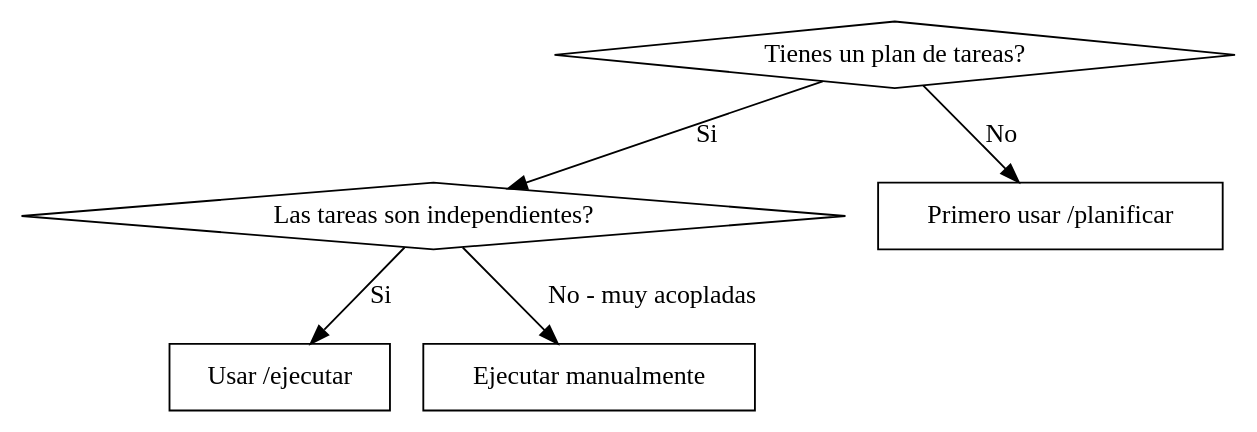
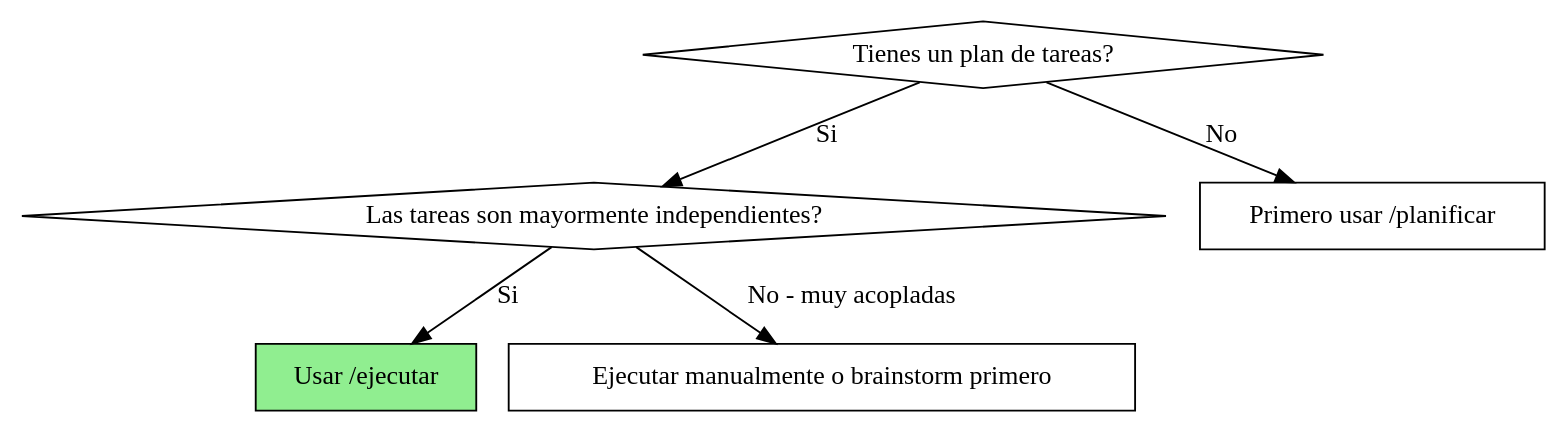
One commit to adriestevezdev/cc-partner changed the first of 2 diagrams in skills/ejecutar/skill.md. Above: the diagram before and after it, drawn with Graphviz. The commit also changed other lines of this file and 5 other files, not shown here.

````diff
--- a/skills/ejecutar/skill.md
+++ b/skills/ejecutar/skill.md
@@ -16,14 +16,14 @@
 ```dot
 digraph when_to_use {
     "Tienes un plan de tareas?" [shape=diamond];
-    "Las tareas son independientes?" [shape=diamond];
-    "Usar /ejecutar" [shape=box];
-    "Ejecutar manualmente" [shape=box];
+    "Las tareas son mayormente independientes?" [shape=diamond];
+    "Usar /ejecutar" [shape=box style=filled fillcolor=lightgreen];
+    "Ejecutar manualmente o brainstorm primero" [shape=box];
     "Primero usar /planificar" [shape=box];
 
-    "Tienes un plan de tareas?" -> "Las tareas son independientes?" [label="Si"];
+    "Tienes un plan de tareas?" -> "Las tareas son mayormente independientes?" [label="Si"];
     "Tienes un plan de tareas?" -> "Primero usar /planificar" [label="No"];
-    "Las tareas son independientes?" -> "Usar /ejecutar" [label="Si"];
-    "Las tareas son independientes?" -> "Ejecutar manualmente" [label="No - muy acopladas"];
+    "Las tareas son mayormente independientes?" -> "Usar /ejecutar" [label="Si"];
+    "Las tareas son mayormente independientes?" -> "Ejecutar manualmente o brainstorm primero" [label="No - muy acopladas"];
 }
 ```
````
